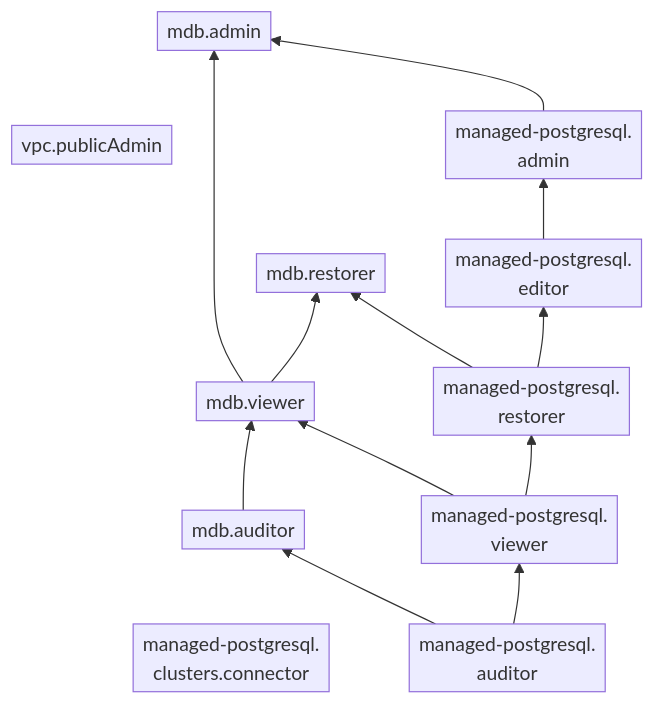
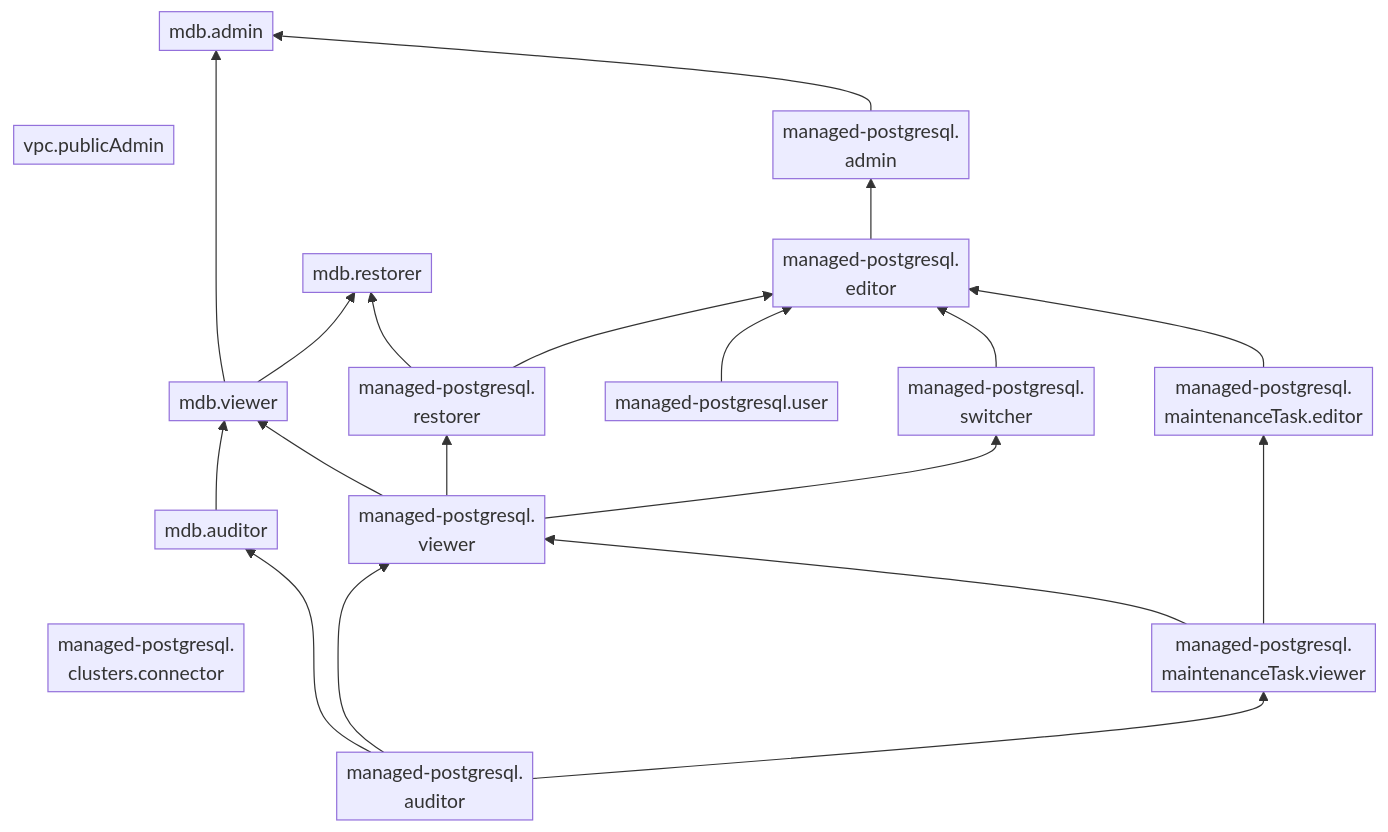
Before and after one commit to yandex-cloud/docs: the diagram in en/_mermaid/roles/managed-postgresql.md, drawn with Mermaid. The commit also changed 584 other files, not shown here.

````diff
--- a/en/_mermaid/roles/managed-postgresql.md
+++ b/en/_mermaid/roles/managed-postgresql.md
@@ -1,23 +1,33 @@
 ```mermaid
 %%{init: { "flowchart": { "padding": 4 } } }%%
 flowchart BT
     managed-postgresql.clusters.connector["`managed-postgresql.
     clusters.connector`"] ~~~ mdb.auditor
     vpc.publicAdmin ~~~ mdb.admin
     mdb.viewer --> mdb.admin
     mdb.auditor --> mdb.viewer
     mdb.viewer --> mdb.restorer
     managed-postgresql.auditor["`managed-postgresql.
     auditor`"] --> mdb.auditor
     managed-postgresql.viewer["`managed-postgresql.
     viewer`"] --> mdb.viewer
     managed-postgresql.restorer["`managed-postgresql.
     restorer`"] --> mdb.restorer
     managed-postgresql.admin["`managed-postgresql.
     admin`"] --> mdb.admin
     managed-postgresql.editor["`managed-postgresql.
     editor`"] --> managed-postgresql.admin
     managed-postgresql.viewer --> managed-postgresql.restorer
+    managed-postgresql.auditor --> managed-postgresql.viewer
     managed-postgresql.restorer --> managed-postgresql.editor
-    managed-postgresql.auditor --> managed-postgresql.viewer
+    managed-postgresql.user --> managed-postgresql.editor
+    managed-postgresql.switcher --> managed-postgresql.editor
+    managed-postgresql.viewer --> managed-postgresql.switcher["`managed-postgresql.
+    switcher`"]
+    managed-postgresql.maintenanceTask.editor --> managed-postgresql.editor
+    managed-postgresql.maintenanceTask.viewer --> managed-postgresql.viewer
+    managed-postgresql.maintenanceTask.viewer --> managed-postgresql.maintenanceTask.editor["`managed-postgresql.
+    maintenanceTask.editor`"]
+    managed-postgresql.auditor --> managed-postgresql.maintenanceTask.viewer["`managed-postgresql.
+    maintenanceTask.viewer`"]
 ```
````
